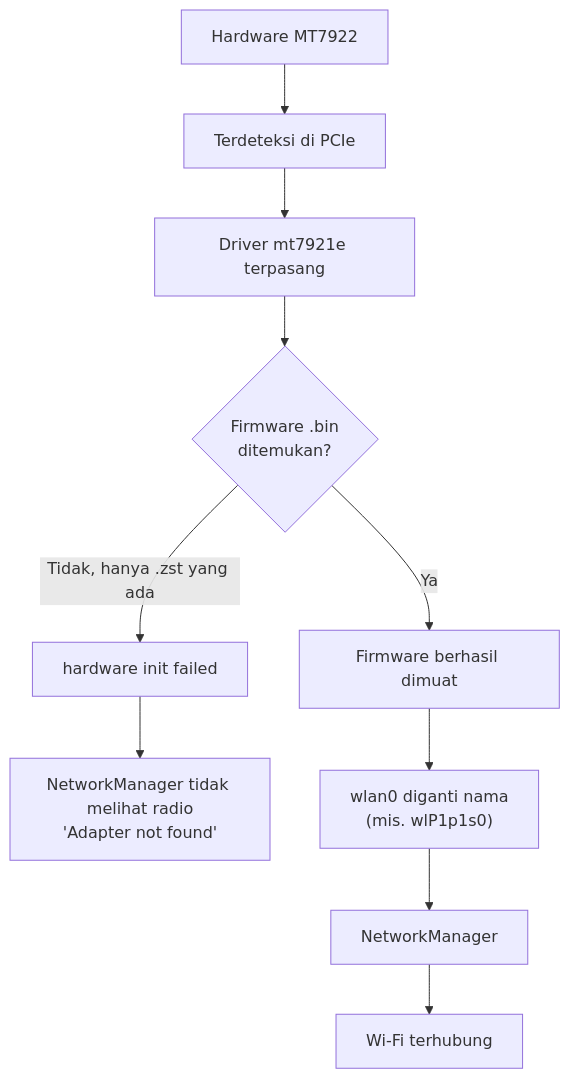
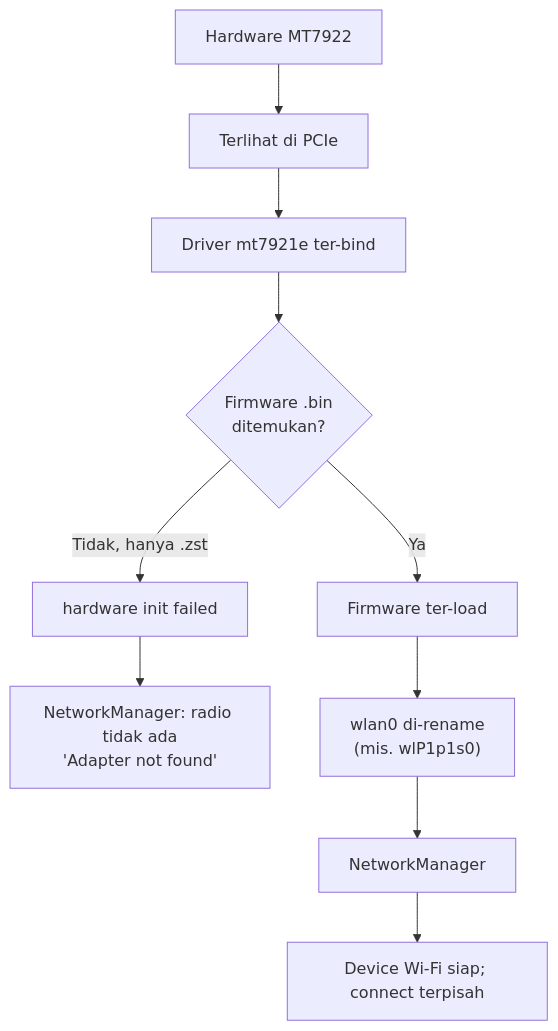
The diagram in docs/id/setup/wifi-mt7922.md (itbdelaboprogramming/msd700_documentation), drawn with Mermaid before and after one commit. The commit also changed other lines of this file and 110 other files, not shown here.

````diff
--- a/docs/id/setup/wifi-mt7922.md
+++ b/docs/id/setup/wifi-mt7922.md
@@ -237,12 +183,12 @@
 ```mermaid
 flowchart TD
-  A["Hardware MT7922"] --> B["Terdeteksi di PCIe"]
-  B --> C["Driver mt7921e terpasang"]
+  A["Hardware MT7922"] --> B["Terlihat di PCIe"]
+  B --> C["Driver mt7921e ter-bind"]
   C --> D{"Firmware .bin<br/>ditemukan?"}
-  D -->|"Tidak, hanya .zst yang ada"| E["hardware init failed"]
-  E --> F["NetworkManager tidak melihat radio<br/>'Adapter not found'"]
-  D -->|"Ya"| G["Firmware berhasil dimuat"]
-  G --> H["wlan0 diganti nama<br/>(mis. wlP1p1s0)"]
+  D -->|"Tidak, hanya .zst"| E["hardware init failed"]
+  E --> F["NetworkManager: radio tidak ada<br/>'Adapter not found'"]
+  D -->|"Ya"| G["Firmware ter-load"]
+  G --> H["wlan0 di-rename<br/>(mis. wlP1p1s0)"]
   H --> I["NetworkManager"]
-  I --> J["Wi-Fi terhubung"]
+  I --> J["Device Wi-Fi siap; connect terpisah"]
 ```
````
